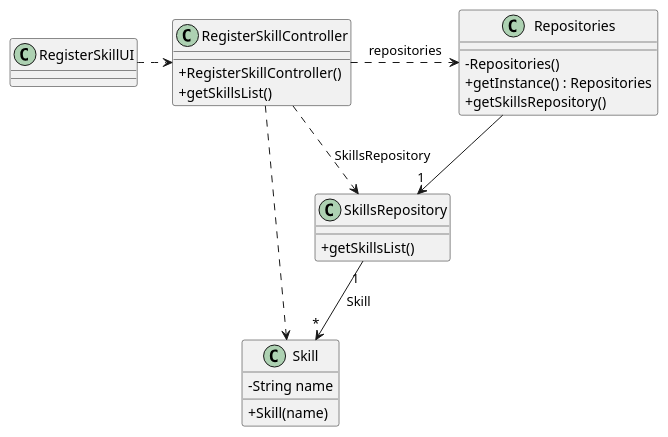
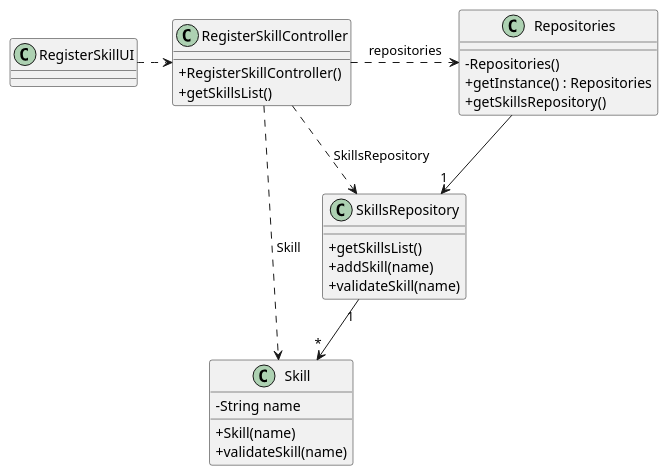
One commit to 1231360-ISEP/lei-24-s2-1db-g021 changed the diagram in docs/sprint2/us001/03.design/puml/us001-class-diagram.puml. Above: the diagram before and after it, drawn with PlantUML. The commit also changed 1 other file, not shown here.

Commit message:
Update US01 - Class Diagram and SVG

```diff
--- a/docs/sprint2/us001/03.design/puml/us001-class-diagram.puml
+++ b/docs/sprint2/us001/03.design/puml/us001-class-diagram.puml
@@ -1,43 +1,47 @@
 @startuml
 skinparam packageStyle rectangle
 skinparam shadowing false
 skinparam linetype polyline
 skinparam classAttributeIconSize 0
 
 
+class RegisterSkillUI {
+}
+
+class RegisterSkillController {
+    + RegisterSkillController()
+    + getSkillsList()
+}
+
 class Skill {
     - String name
     + Skill(name)
+    + validateSkill(name)
 }
 
 class SkillsRepository {
     + getSkillsList()
+    + addSkill(name)
+    + validateSkill(name)
 }
 
 class Repositories {
     - Repositories()
     + getInstance() : Repositories
     + getSkillsRepository()
 }
 
-class RegisterSkillController {
-    + RegisterSkillController()
-    + getSkillsList()
-}
-
-class RegisterSkillUI {
-}
 
 RegisterSkillUI .> RegisterSkillController
 
 RegisterSkillController .> Repositories : repositories
 
 Repositories --> "1" SkillsRepository
 
-RegisterSkillController ..> Skill
+RegisterSkillController ..> Skill : Skill
 RegisterSkillController ..> SkillsRepository : SkillsRepository
 
-SkillsRepository "1" --> "*" Skill : Skill
+SkillsRepository "1" --> "*" Skill
 
 
 @enduml
```
